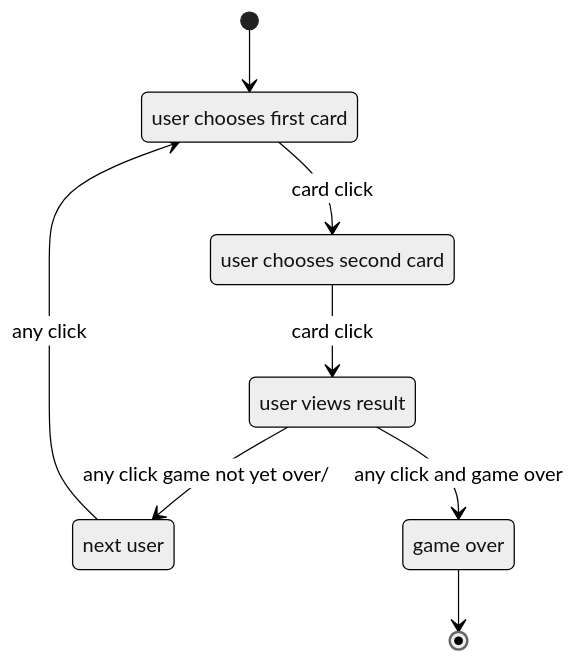
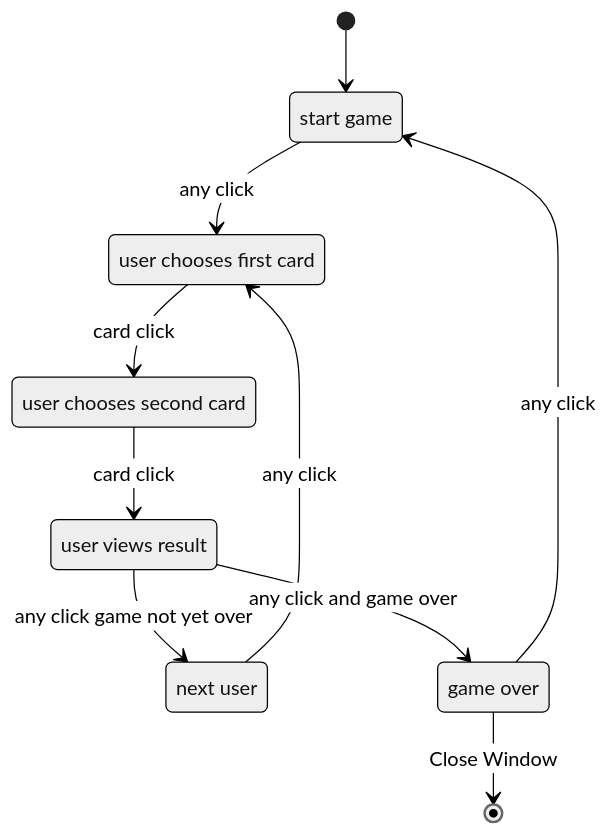
The second of 2 diagrams in Design.md (chkhm/memory-game-rs), drawn with Mermaid (neutral theme) before and after one commit.

Commit message:
Updated the state machine for the controller

````diff
--- a/Design.md
+++ b/Design.md
@@ -106,16 +106,19 @@
 ```mermaid
 stateDiagram
+    state "start game" as start_game
     state "user chooses first card" as first_card
     state "user chooses second card" as second_card
     state "user views result" as view_result
     state "next user" as next_user
     state "game over" as game_over
 
-    [*] --> first_card
+    [*] --> start_game
+    start_game --> first_card: any click
     first_card --> second_card: card click
     second_card --> view_result: card click
-    view_result --> next_user: any click game not yet over/
+    view_result --> next_user: any click game not yet over
     view_result --> game_over: any click and game over
-    game_over --> [*]
+    game_over --> [*]: Close Window
+    game_over --> start_game: any click
     next_user --> first_card: any click
 ```
````
